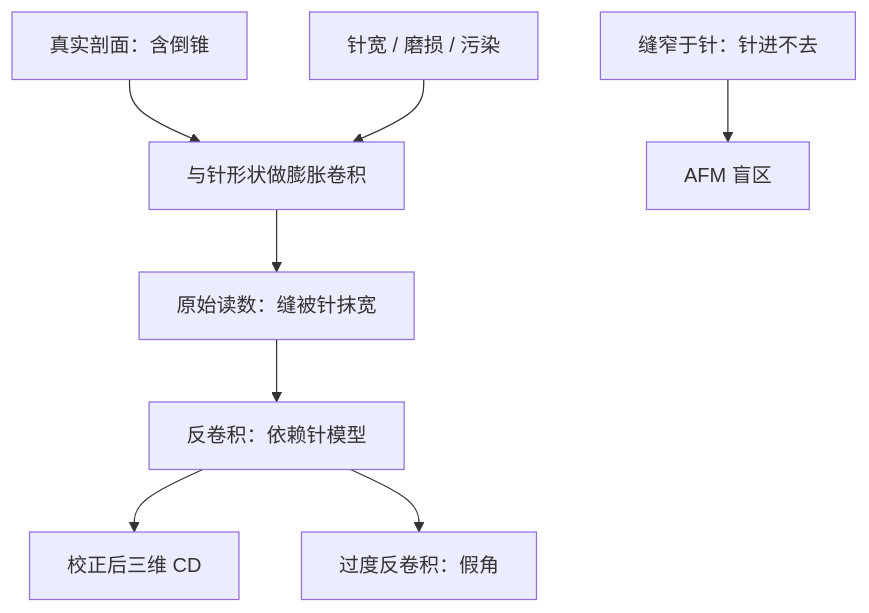
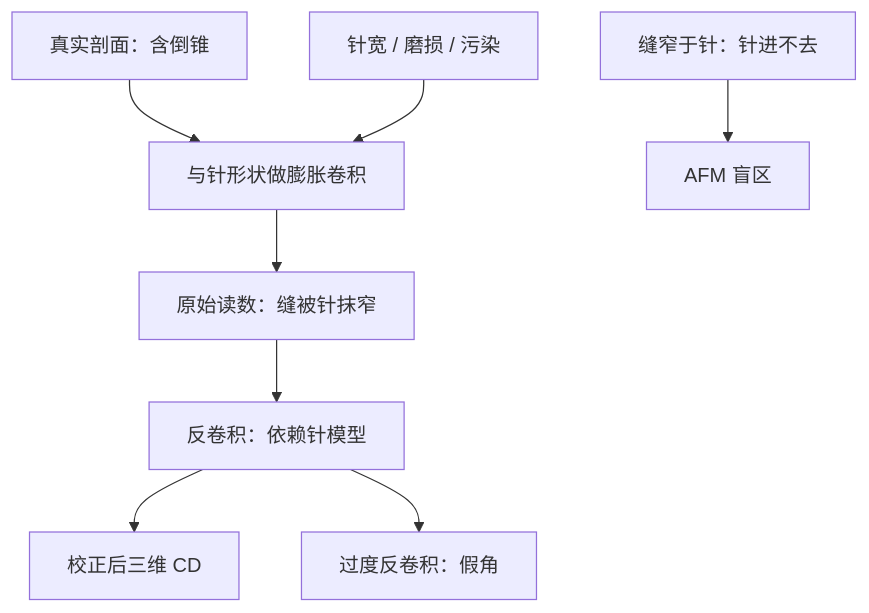
The second of 2 diagrams in docs/litho/afm-cd.md (xhongduo-tech/xhongduo-tech.github.io), drawn with Mermaid before and after one commit. The commit also changed other lines of this file and 3 other files, not shown here.

Commit message:
Content review litho-204: the AFM trench reading is the true width minus the tip width with the tip added back on correction, and three stale sequence pointers come off the metrology unit.

````diff
--- a/docs/litho/afm-cd.md
+++ b/docs/litho/afm-cd.md
@@ -56,10 +56,10 @@
 ```mermaid
 flowchart TD
   TRUE["真实剖面：含倒锥"] --> DIL["与针形状做膨胀卷积"]
   TIP2["针宽 / 磨损 / 污染"] --> DIL
-  DIL --> MEAS["原始读数：缝被针抹宽"]
+  DIL --> MEAS["原始读数：缝被针抹窄"]
   MEAS --> DECON["反卷积：依赖针模型"]
   DECON --> OK["校正后三维 CD"]
   DECON --> OVER["过度反卷积：假角"]
   NARROW["缝窄于针：针进不去"] --> BLIND["AFM 盲区"]
 ```
````
